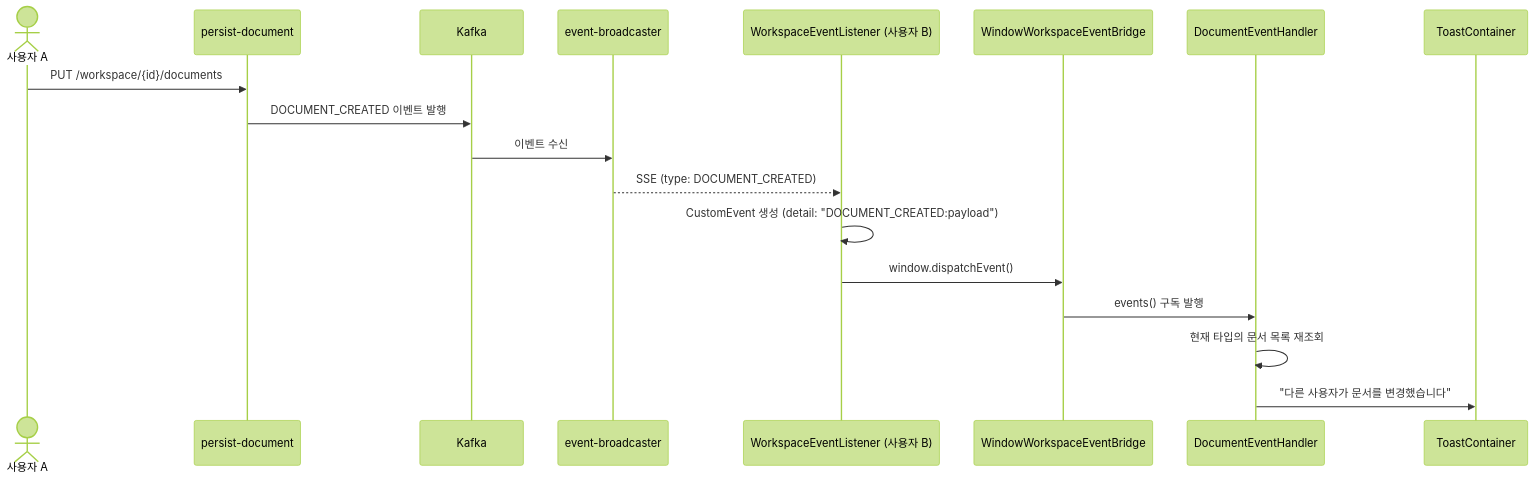
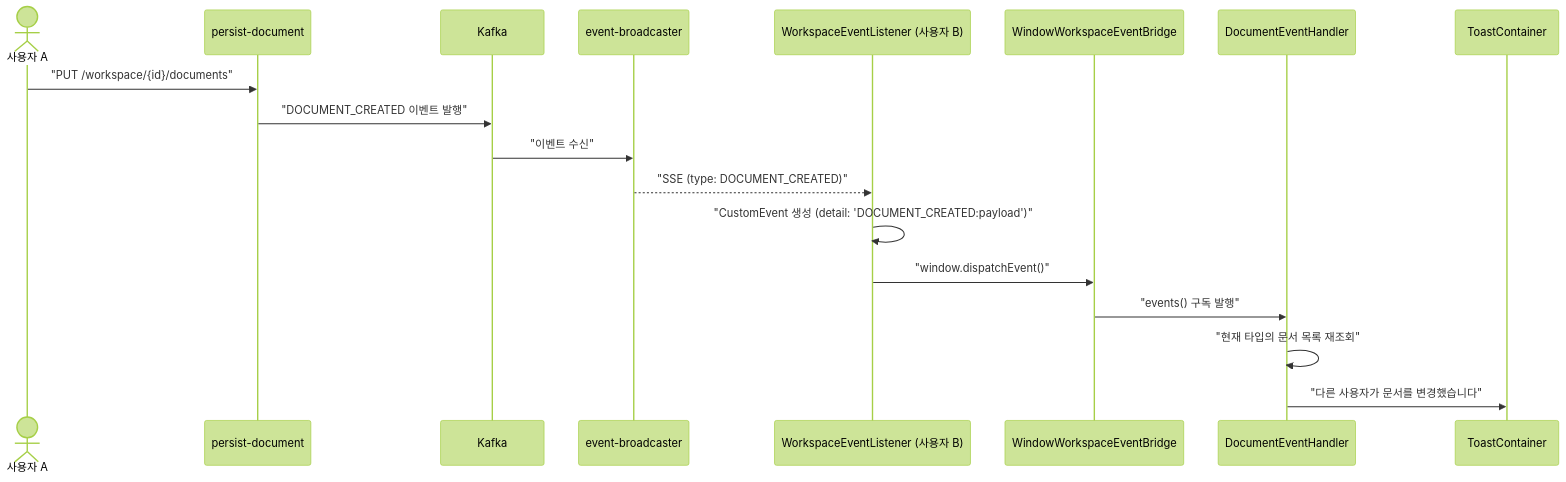
Before and after one commit to sayaya1090/handbook: the ninth of 11 diagrams in docs/architecture.md, drawn with Mermaid (forest theme). The commit also changed other lines of this file and 22 other files, not shown here.

First line of the commit message:
docs: Mermaid 다이어그램 렌더링 오류 수정을 위한 구문 전수 교정

````diff
--- a/docs/architecture.md
+++ b/docs/architecture.md
@@ -1402,21 +1402,21 @@
 ```mermaid
 sequenceDiagram
     actor UserA as 사용자 A
     participant PD as persist-document
     participant K as Kafka
     participant EB as event-broadcaster
     participant WEL as WorkspaceEventListener (사용자 B)
     participant WEB as WindowWorkspaceEventBridge
     participant DEH as DocumentEventHandler
     participant Toast as ToastContainer
 
-    UserA->>PD: PUT /workspace/{id}/documents
-    PD->>K: DOCUMENT_CREATED 이벤트 발행
-    K->>EB: 이벤트 수신
-    EB-->>WEL: SSE (type: DOCUMENT_CREATED)
-    WEL->>WEL: CustomEvent 생성 (detail: "DOCUMENT_CREATED:payload")
-    WEL->>WEB: window.dispatchEvent()
-    WEB->>DEH: events() 구독 발행
-    DEH->>DEH: 현재 타입의 문서 목록 재조회
+    UserA->>PD: "PUT /workspace/{id}/documents"
+    PD->>K: "DOCUMENT_CREATED 이벤트 발행"
+    K->>EB: "이벤트 수신"
+    EB-->>WEL: "SSE (type: DOCUMENT_CREATED)"
+    WEL->>WEL: "CustomEvent 생성 (detail: 'DOCUMENT_CREATED:payload')"
+    WEL->>WEB: "window.dispatchEvent()"
+    WEB->>DEH: "events() 구독 발행"
+    DEH->>DEH: "현재 타입의 문서 목록 재조회"
     DEH->>Toast: "다른 사용자가 문서를 변경했습니다"
 ```
````
